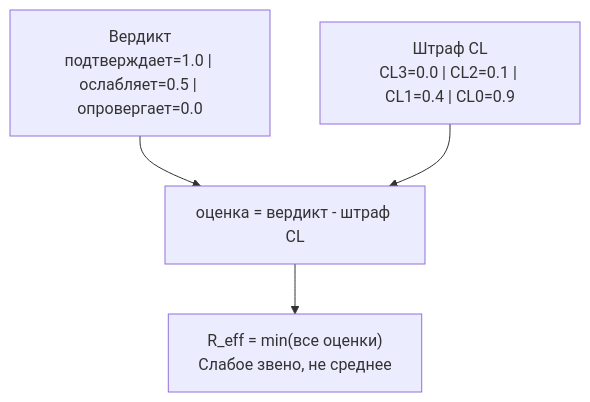
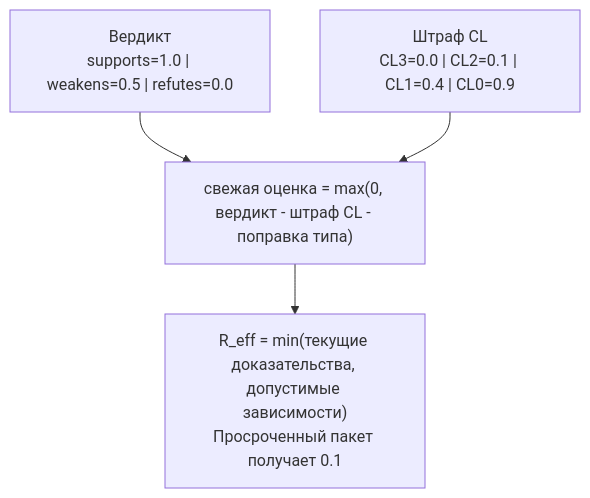
The diagram in website/src/content/docs/ru/docs/methodology/evidence.md (ForgePlan/forgeplan), drawn with Mermaid before and after one commit. The commit also changed other lines of this file and 580 other files, not shown here.

````diff
--- a/website/src/content/docs/ru/docs/methodology/evidence.md
+++ b/website/src/content/docs/ru/docs/methodology/evidence.md
@@ -28,6 +28,6 @@
 ```mermaid
 flowchart TD
-  V["Вердикт\nподтверждает=1.0 | ослабляет=0.5 | опровергает=0.0"] --> S["оценка = вердикт - штраф CL"]
+  V["Вердикт\nsupports=1.0 | weakens=0.5 | refutes=0.0"] --> S["свежая оценка = max(0, вердикт - штраф CL - поправка типа)"]
   CL["Штраф CL\nCL3=0.0 | CL2=0.1 | CL1=0.4 | CL0=0.9"] --> S
-  S --> R["R_eff = min(все оценки)\nСлабое звено, не среднее"]
+  S --> R["R_eff = min(текущие доказательства, допустимые зависимости)\nПросроченный пакет получает 0.1"]
 ```
````
